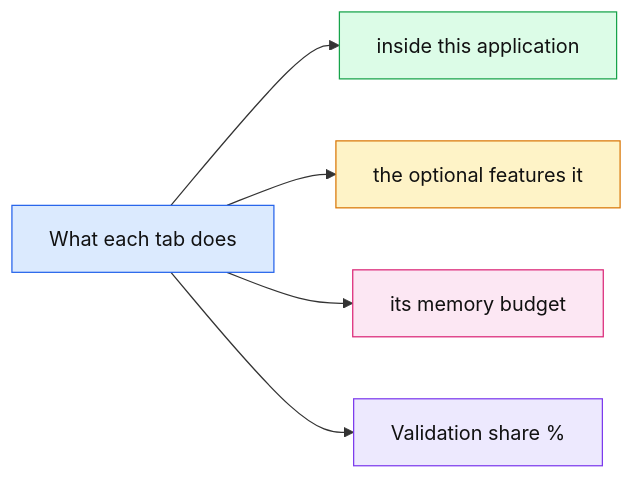
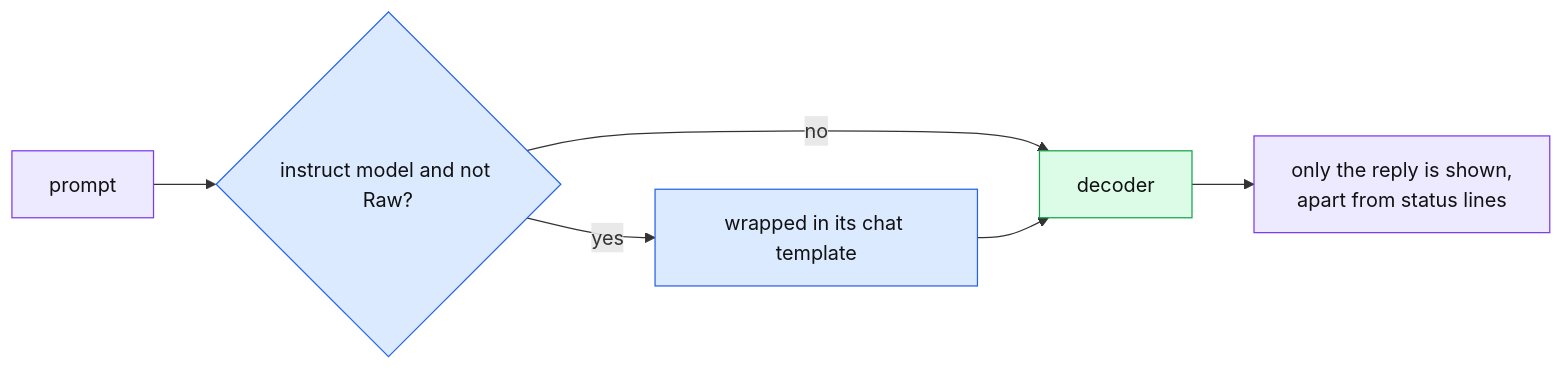
Before and after one commit to thomascherickal/ferrum-gpu: diagram 12 of 21 in docs/gui.md, drawn with Mermaid. The commit also changed other lines of this file and 4 other files, not shown here.

First line of the commit message:
docs: hand-drawn data-flow diagrams for the readme, architecture and GUI pages

````diff
--- a/docs/gui.md
+++ b/docs/gui.md
@@ -104,13 +204,13 @@
 ```mermaid
 flowchart LR
-    a["What each tab does"]:::root
-    a --> n0["inside this application"]:::c0
-    a --> n1["the optional features it"]:::c1
-    a --> n2["its memory budget"]:::c2
-    a --> n3["Validation share %"]:::c3
-    classDef root fill:#dbeafe,stroke:#2563eb,color:#111
-    classDef c0 fill:#dcfce7,stroke:#16a34a,color:#111
-    classDef c1 fill:#fef3c7,stroke:#d97706,color:#111
-    classDef c2 fill:#fce7f3,stroke:#db2777,color:#111
-    classDef c3 fill:#ede9fe,stroke:#7c3aed,color:#111
+    pr["prompt"]:::host --> ch{"instruct model and not Raw?"}:::core
+    ch -- yes --> tp["wrapped in its chat template"]:::core
+    ch -- no --> dc["decoder"]:::gpu
+    tp --> dc
+    dc --> tx["only the reply is shown,<br/>apart from status lines"]:::host
+    classDef core fill:#dbeafe,stroke:#2563eb,color:#111
+    classDef gpu fill:#dcfce7,stroke:#16a34a,color:#111
+    classDef cpu fill:#fef3c7,stroke:#d97706,color:#111
+    classDef io fill:#fce7f3,stroke:#db2777,color:#111
+    classDef host fill:#ede9fe,stroke:#7c3aed,color:#111
 ```
````
